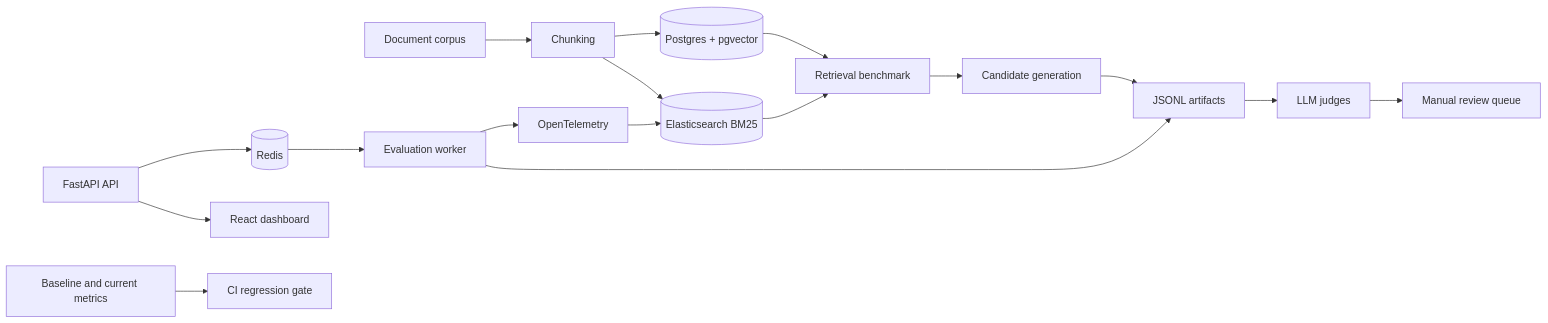
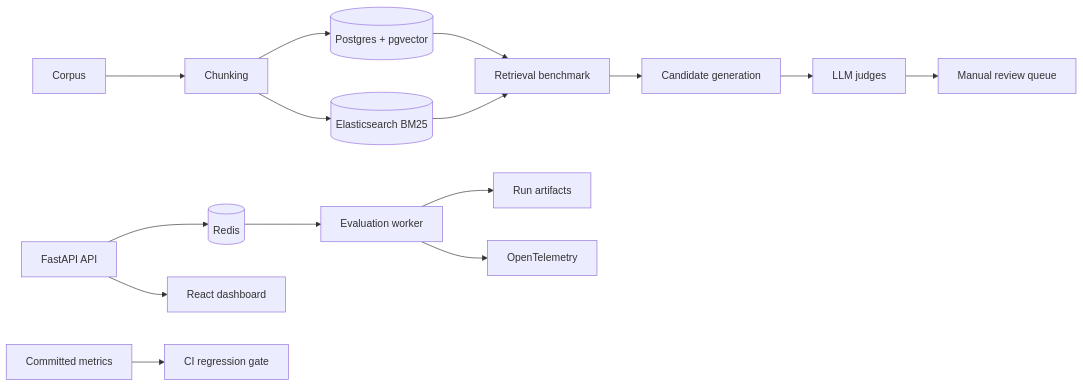
Before and after one commit to XiaoyunYin/LLM-Agent-Evaluation-Reliability-Platform: the diagram in README.md, drawn with Mermaid. The commit also changed other lines of this file and 9 other files, not shown here.

````diff
--- a/README.md
+++ b/README.md
@@ -132,21 +38,18 @@
 ```mermaid
 flowchart LR
-    Corpus[Document corpus] --> Chunker[Chunking]
+    Corpus[Corpus] --> Chunker[Chunking]
     Chunker --> PG[(Postgres + pgvector)]
     Chunker --> ES[(Elasticsearch BM25)]
     PG --> Retrieval[Retrieval benchmark]
     ES --> Retrieval
     Retrieval --> Generation[Candidate generation]
-    Generation --> Artifacts[JSONL artifacts]
-    Artifacts --> Judges[LLM judges]
+    Generation --> Judges[LLM judges]
     Judges --> Review[Manual review queue]
 
     API[FastAPI API] --> Redis[(Redis)]
     Redis --> Worker[Evaluation worker]
-    Worker --> Artifacts
+    Worker --> Artifacts[Run artifacts]
     Worker --> OTel[OpenTelemetry]
-    OTel --> ES
     API --> UI[React dashboard]
-
-    Metrics[Baseline and current metrics] --> Gate[CI regression gate]
+    Metrics[Committed metrics] --> Gate[CI regression gate]
 ```
````
